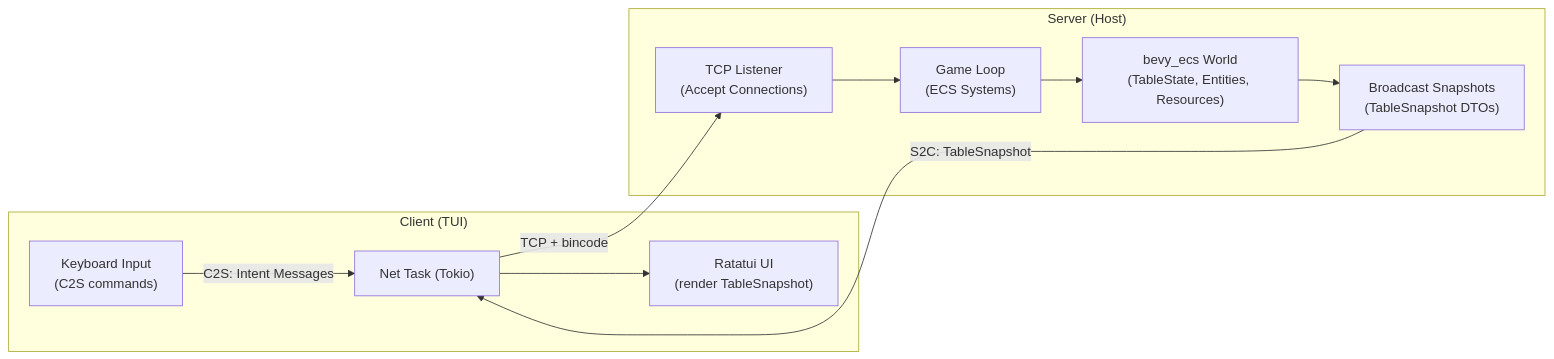
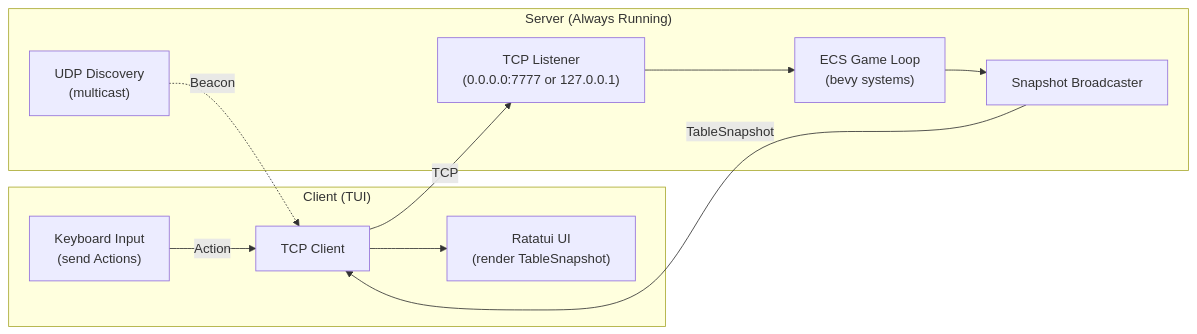
One commit to AsbestosSoup-dev/blackjack changed the first of 2 diagrams in README.md. Above: the diagram before and after it, drawn with Mermaid. The commit also changed other lines of this file and 3 other files, not shown here.

First line of the commit message:
Refactor: modernize project architecture and dependencies

````diff
--- a/README.md
+++ b/README.md
@@ -92,23 +136,23 @@
 ```mermaid
 flowchart LR
     subgraph Client["Client (TUI)"]
         UI["Ratatui UI\n(render TableSnapshot)"]
-        Input["Keyboard Input\n(C2S commands)"]
-        NetClient["Net Task (Tokio)"]
+        Input["Keyboard Input\n(send Actions)"]
+        NetClient["TCP Client"]
     end
 
-    subgraph Server["Server (Host)"]
-        Listener["TCP Listener\n(Accept Connections)"]
-        GameLoop["Game Loop\n(ECS Systems)"]
-        ECS["bevy_ecs World\n(TableState, Entities, Resources)"]
-        Broadcaster["Broadcast Snapshots\n(TableSnapshot DTOs)"]
+    subgraph Server["Server (Always Running)"]
+        Listener["TCP Listener\n(0.0.0.0:7777 or 127.0.0.1)"]
+        GameLoop["ECS Game Loop\n(bevy systems)"]
+        Broadcaster["Snapshot Broadcaster"]
+        Discovery["UDP Discovery\n(multicast)"]
     end
 
-    Input -->|C2S: Intent Messages| NetClient
-    NetClient -->|TCP + bincode| Listener
+    Input -->|Action| NetClient
+    NetClient -->|TCP| Listener
     Listener --> GameLoop
-    GameLoop --> ECS
-    ECS --> Broadcaster
-    Broadcaster -->|S2C: TableSnapshot| NetClient
+    GameLoop --> Broadcaster
+    Broadcaster -->|TableSnapshot| NetClient
     NetClient --> UI
+    Discovery -.->|Beacon| NetClient
 ```
````
